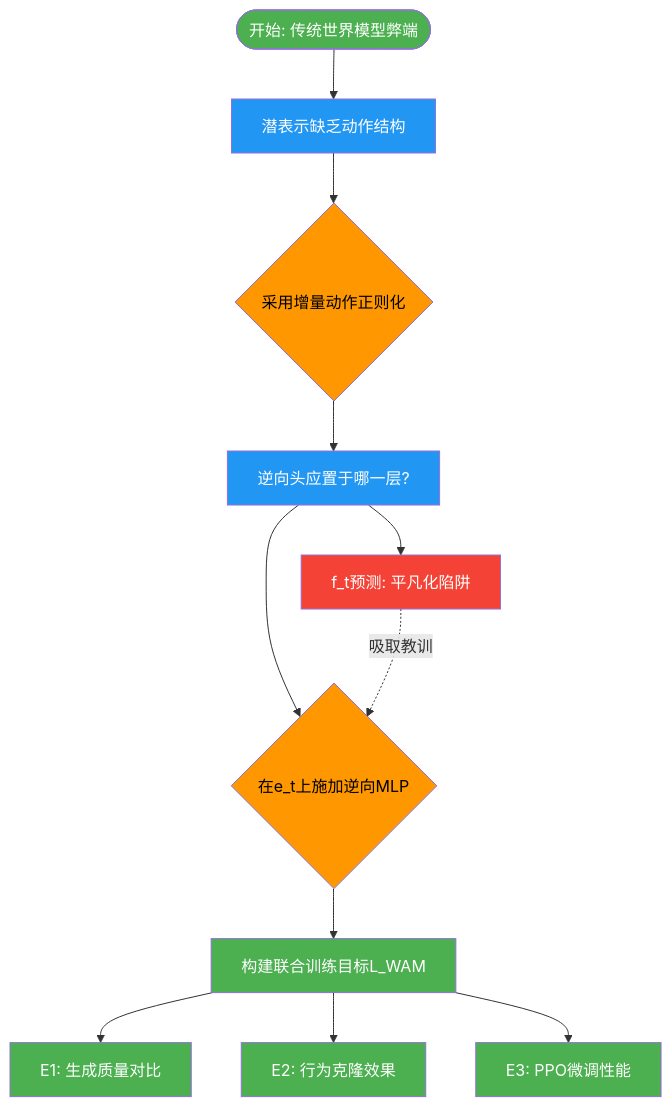
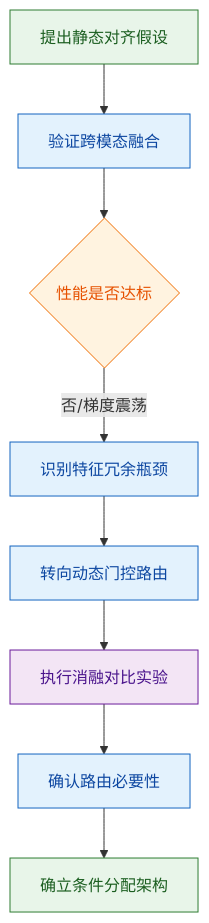
One commit to ShinewineW/paper-rolling changed the seventh of 10 diagrams in person_vault/2026-06-08_EnhancingPolicyLearningWithWorldActionModel_2603.28955/report.md. Above: the diagram before and after it, drawn with Mermaid. The commit also changed other lines of this file and 300 other files, not shown here.

````diff
--- a/person_vault/2026-06-08_EnhancingPolicyLearningWithWorldActionModel_2603.28955/report.md
+++ b/person_vault/2026-06-08_EnhancingPolicyLearningWithWorldActionModel_2603.28955/report.md
@@ -333,34 +335,15 @@
 ```mermaid
-graph TB
-  start(["开始: 传统世界模型弊端"])
-  Q1["潜表示缺乏动作结构"]
-  D1{采用增量动作正则化}
-  Q2["逆向头应置于哪一层?"]
-  dead1["f_t预测: 平凡化陷阱"]
-  D2{在e_t上施加逆向MLP}
-  pivot["构建联合训练目标L_WAM"]
-  E1["E1: 生成质量对比"]
-  E2["E2: 行为克隆效果"]
-  E3["E3: PPO微调性能"]
+flowchart TB
+    classDef start fill:#e8f5e9,color:#1b5e20,stroke:#2e7d32
+    classDef process fill:#e3f2fd,color:#0d47a1,stroke:#1565c0
+    classDef decision fill:#fff3e0,color:#e65100,stroke:#ef6c00
+    classDef data fill:#f3e5f5,color:#4a148c,stroke:#6a1b9a
 
-  start --> Q1
-  Q1 --> D1
-  D1 --> Q2
-  Q2 --> dead1
-  Q2 --> D2
-  dead1 -.-> |吸取教训| D2
-  D2 --> pivot
-  pivot --> E1
-  pivot --> E2
-  pivot --> E3
-
-  classDef quest fill:#2196F3,color:#fff
-  classDef dec fill:#FF9800,color:#000
-  classDef dead fill:#F44336,color:#fff
-  classDef green fill:#4CAF50,color:#fff
-
-  class Q1,Q2 quest
-  class D1,D2 dec
-  class dead1 dead
-  class pivot,E1,E2,E3,start green
+    init_query["提出静态对齐假设"]:::start --> test_baseline["验证跨模态融合"]:::process
+    test_baseline --> check_perf{性能是否达标}:::decision
+    check_perf -- 否/梯度震荡 --> dead_end["识别特征冗余瓶颈"]:::process
+    dead_end --> pivot_design["转向动态门控路由"]:::process
+    pivot_design --> run_ablation["执行消融对比实验"]:::data
+    run_ablation --> confirm_mechanism["确认路由必要性"]:::process
+    confirm_mechanism --> final_arch["确立条件分配架构"]:::start
 ```
````
